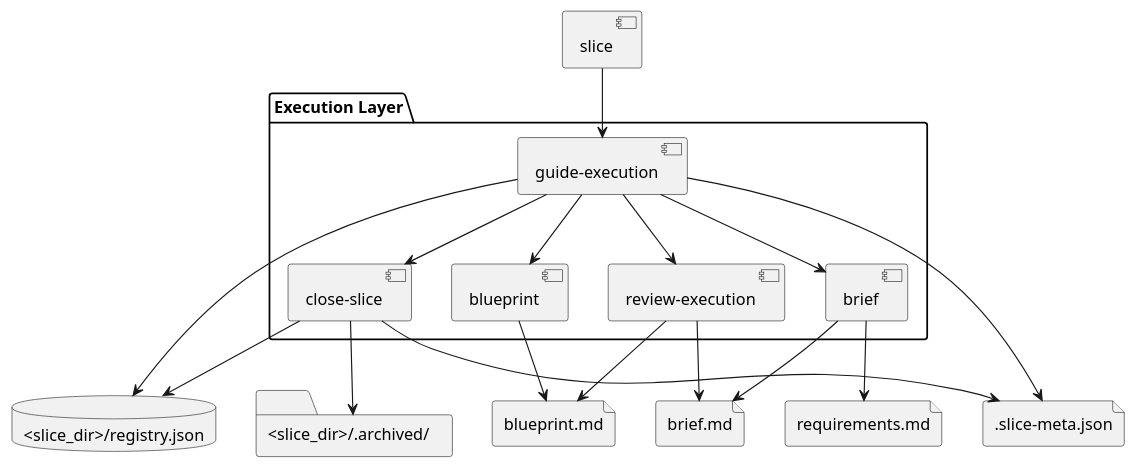
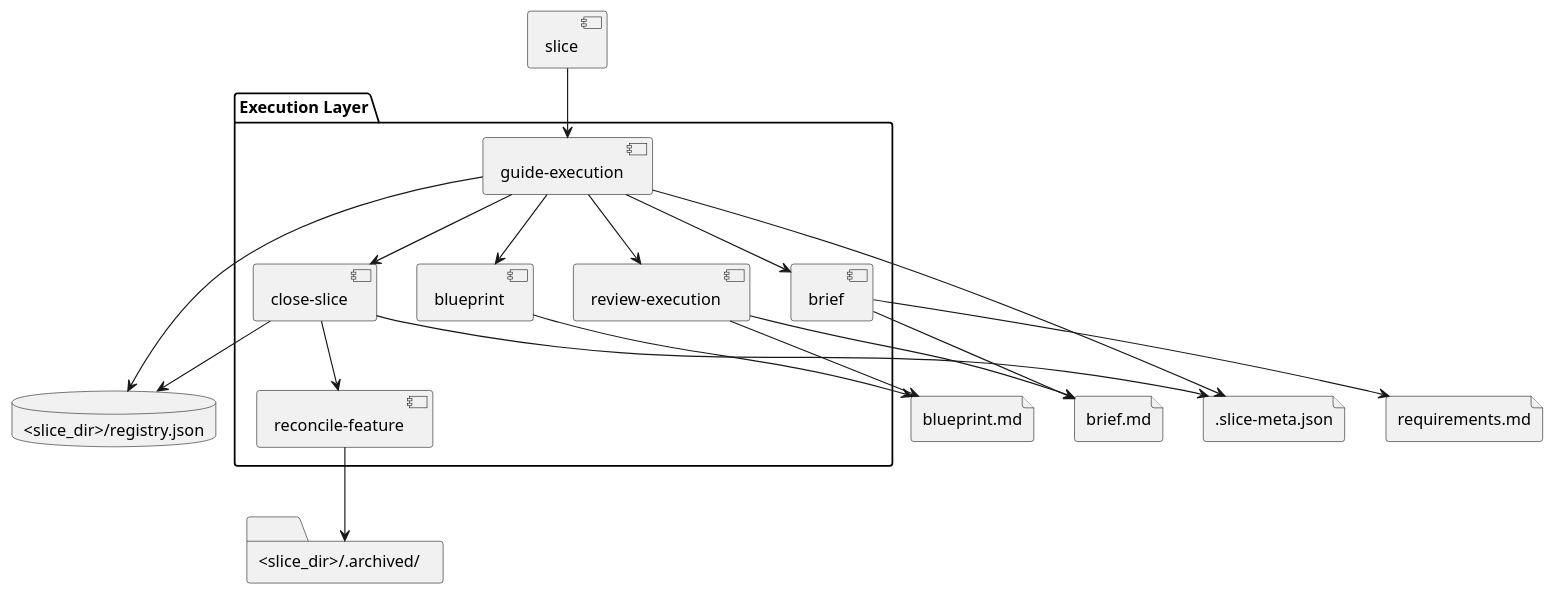
Before and after one commit to sirius-cc-wu/sirius-skills: the diagram in docs/features/execution-workflow/system-design.md, drawn with PlantUML. The commit also changed other lines of this file and 13 other files, not shown here.

First line of the commit message:
workflow: move archive and publish to feature completion

````diff
--- a/docs/features/execution-workflow/system-design.md
+++ b/docs/features/execution-workflow/system-design.md
@@ -42,34 +42,36 @@
 ```plantuml
 @startuml
 package "Execution Layer" {
   [guide-execution]
   [brief]
   [blueprint]
   [review-execution]
   [close-slice]
+  [reconcile-feature]
 }
 
 database "<slice_dir>/registry.json" as Registry
 file ".slice-meta.json" as Meta
 folder "<slice_dir>/.archived/" as Archive
 file "brief.md" as Brief
 file "blueprint.md" as PlanDoc
 file "requirements.md" as Requirements
 
 [slice] --> [guide-execution]
 [guide-execution] --> Registry
 [guide-execution] --> Meta
 [guide-execution] --> [brief]
 [guide-execution] --> [blueprint]
 [guide-execution] --> [review-execution]
 [guide-execution] --> [close-slice]
+[close-slice] --> [reconcile-feature]
 [brief] --> Brief
 [brief] --> Requirements
 [blueprint] --> PlanDoc
 [review-execution] --> Brief
 [review-execution] --> PlanDoc
 [close-slice] --> Meta
 [close-slice] --> Registry
-[close-slice] --> Archive
+[reconcile-feature] --> Archive
 @enduml
 ```
````
